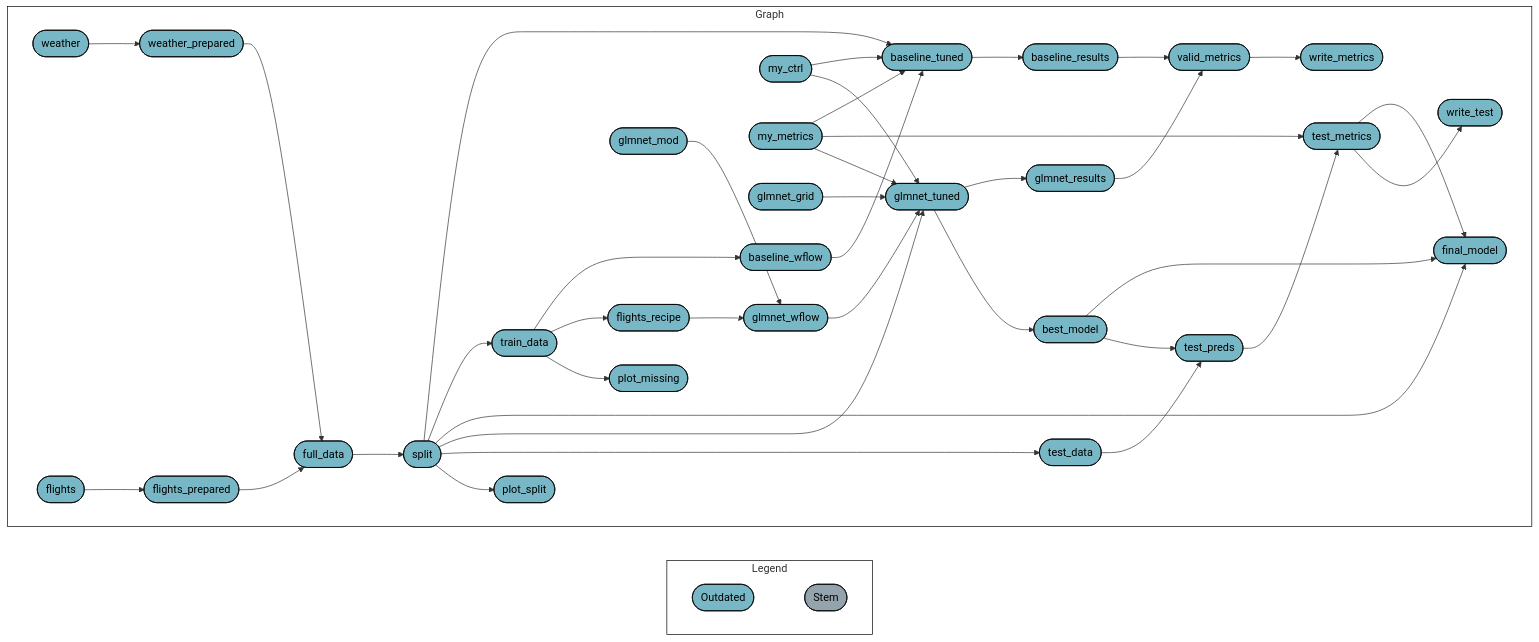
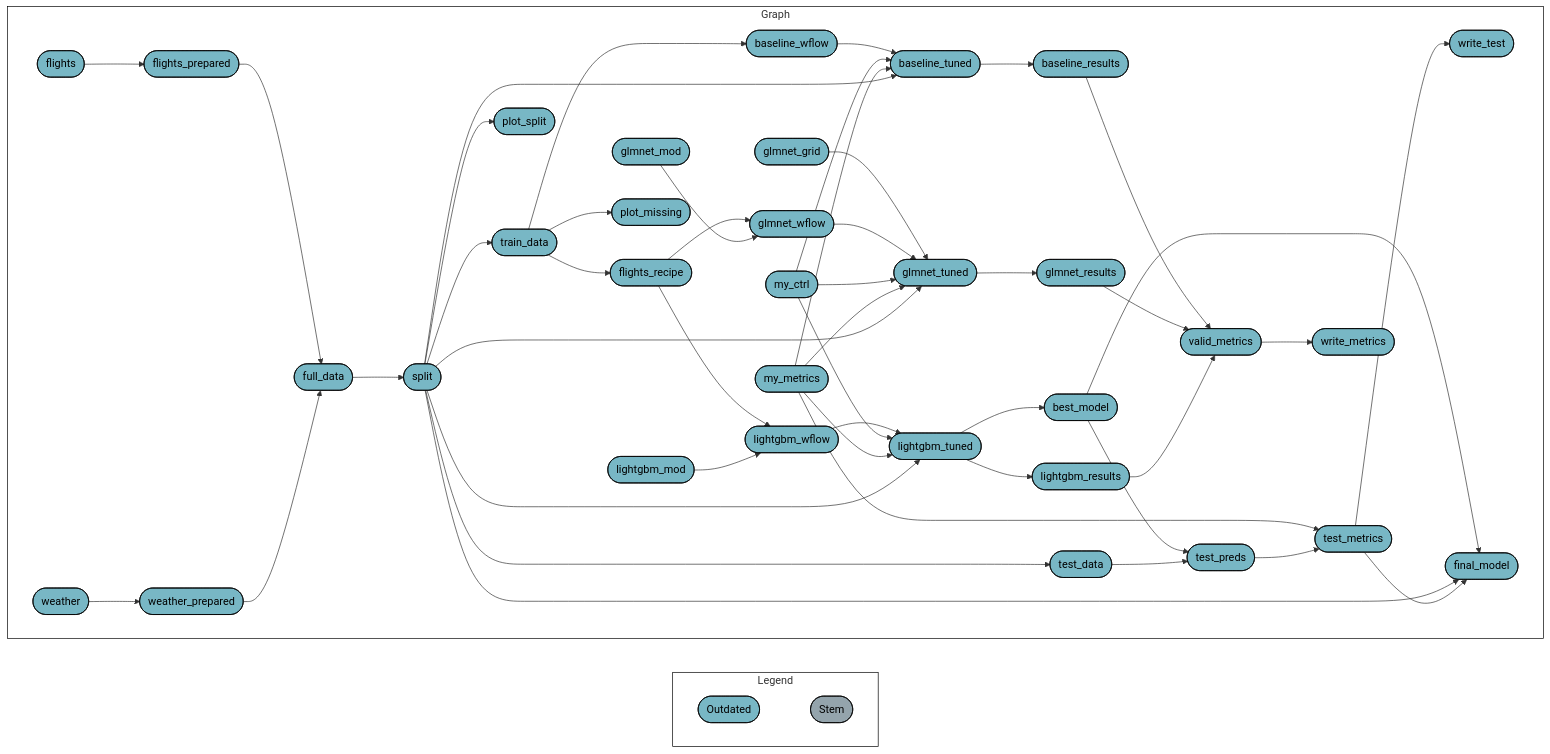
The diagram in README.md (phenrickson/flights), drawn with Mermaid before and after one commit. The commit also changed other lines of this file, not shown here.

````diff
--- a/README.md
+++ b/README.md
@@ -8,51 +8,59 @@
 ``` mermaid
 graph LR
   style Legend fill:#FFFFFF00,stroke:#000000;
   style Graph fill:#FFFFFF00,stroke:#000000;
   subgraph Legend
     direction LR
     x2db1ec7a48f65a9b([""Outdated""]):::outdated --- xd03d7c7dd2ddda2b([""Stem""]):::none
   end
   subgraph Graph
     direction LR
+    x0f09e4c17eb3276c(["test_metrics"]):::outdated --> xae90e4e03e9da6f6(["write_test"]):::outdated
+    x3045fd98bf132297(["lightgbm_tuned"]):::outdated --> xcc98cb49ce297ec1(["lightgbm_results"]):::outdated
+    x9b0c9170b8902027(["best_model"]):::outdated --> x29f339361487eb61(["final_model"]):::outdated
+    xe28457b7180d9865(["split"]):::outdated --> x29f339361487eb61(["final_model"]):::outdated
+    x0f09e4c17eb3276c(["test_metrics"]):::outdated --> x29f339361487eb61(["final_model"]):::outdated
+    x9774927add83534a(["full_data"]):::outdated --> xe28457b7180d9865(["split"]):::outdated
+    xfa066c31cda349b9(["baseline_results"]):::outdated --> xe0bb173f910bd7f0(["valid_metrics"]):::outdated
+    xe2705333dfe7c9b4(["glmnet_results"]):::outdated --> xe0bb173f910bd7f0(["valid_metrics"]):::outdated
+    xcc98cb49ce297ec1(["lightgbm_results"]):::outdated --> xe0bb173f910bd7f0(["valid_metrics"]):::outdated
+    x9b0c9170b8902027(["best_model"]):::outdated --> x4cdedcb3a02ef6bb(["test_preds"]):::outdated
+    xbb782543df7528d1(["test_data"]):::outdated --> x4cdedcb3a02ef6bb(["test_preds"]):::outdated
+    xf4454ed4827f39ab(["flights_recipe"]):::outdated --> xf06d6eef7829004f(["glmnet_wflow"]):::outdated
+    xe7c688145125e4e7(["glmnet_mod"]):::outdated --> xf06d6eef7829004f(["glmnet_wflow"]):::outdated
+    xf4454ed4827f39ab(["flights_recipe"]):::outdated --> xad2d2a7a16304874(["lightgbm_wflow"]):::outdated
+    xec3a6239d23d9fb4(["lightgbm_mod"]):::outdated --> xad2d2a7a16304874(["lightgbm_wflow"]):::outdated
+    x50558fc6e6286095(["train_data"]):::outdated --> xf4454ed4827f39ab(["flights_recipe"]):::outdated
+    x849d840ef22b54a9(["weather"]):::outdated --> x9fde742fe0a2565f(["weather_prepared"]):::outdated
+    x1bddabfef734c169(["my_metrics"]):::outdated --> x0f09e4c17eb3276c(["test_metrics"]):::outdated
+    x4cdedcb3a02ef6bb(["test_preds"]):::outdated --> x0f09e4c17eb3276c(["test_metrics"]):::outdated
+    xad2d2a7a16304874(["lightgbm_wflow"]):::outdated --> x3045fd98bf132297(["lightgbm_tuned"]):::outdated
+    xed83340f200a6764(["my_ctrl"]):::outdated --> x3045fd98bf132297(["lightgbm_tuned"]):::outdated
+    x1bddabfef734c169(["my_metrics"]):::outdated --> x3045fd98bf132297(["lightgbm_tuned"]):::outdated
+    xe28457b7180d9865(["split"]):::outdated --> x3045fd98bf132297(["lightgbm_tuned"]):::outdated
+    x3045fd98bf132297(["lightgbm_tuned"]):::outdated --> x9b0c9170b8902027(["best_model"]):::outdated
     x0d6375e58e5b207c(["baseline_wflow"]):::outdated --> x633d349f0c4d35f8(["baseline_tuned"]):::outdated
     xed83340f200a6764(["my_ctrl"]):::outdated --> x633d349f0c4d35f8(["baseline_tuned"]):::outdated
     x1bddabfef734c169(["my_metrics"]):::outdated --> x633d349f0c4d35f8(["baseline_tuned"]):::outdated
     xe28457b7180d9865(["split"]):::outdated --> x633d349f0c4d35f8(["baseline_tuned"]):::outdated
-    x9774927add83534a(["full_data"]):::outdated --> xe28457b7180d9865(["split"]):::outdated
-    xe28457b7180d9865(["split"]):::outdated --> x50558fc6e6286095(["train_data"]):::outdated
-    x849d840ef22b54a9(["weather"]):::outdated --> x9fde742fe0a2565f(["weather_prepared"]):::outdated
+    x50558fc6e6286095(["train_data"]):::outdated --> xd0e10a259837a1c5(["plot_missing"]):::outdated
     x50558fc6e6286095(["train_data"]):::outdated --> x0d6375e58e5b207c(["baseline_wflow"]):::outdated
-    x1bddabfef734c169(["my_metrics"]):::outdated --> x0f09e4c17eb3276c(["test_metrics"]):::outdated
-    x4cdedcb3a02ef6bb(["test_preds"]):::outdated --> x0f09e4c17eb3276c(["test_metrics"]):::outdated
-    x9b0c9170b8902027(["best_model"]):::outdated --> x29f339361487eb61(["final_model"]):::outdated
-    xe28457b7180d9865(["split"]):::outdated --> x29f339361487eb61(["final_model"]):::outdated
-    x0f09e4c17eb3276c(["test_metrics"]):::outdated --> x29f339361487eb61(["final_model"]):::outdated
+    xf7b68bfa4f5b3a26(["glmnet_tuned"]):::outdated --> xe2705333dfe7c9b4(["glmnet_results"]):::outdated
+    xe28457b7180d9865(["split"]):::outdated --> xd2cb6929a158530b(["plot_split"]):::outdated
+    xe0bb173f910bd7f0(["valid_metrics"]):::outdated --> xbc2f8d07f8113aa5(["write_metrics"]):::outdated
     x1ecdaec783393d35(["glmnet_grid"]):::outdated --> xf7b68bfa4f5b3a26(["glmnet_tuned"]):::outdated
     xf06d6eef7829004f(["glmnet_wflow"]):::outdated --> xf7b68bfa4f5b3a26(["glmnet_tuned"]):::outdated
     xed83340f200a6764(["my_ctrl"]):::outdated --> xf7b68bfa4f5b3a26(["glmnet_tuned"]):::outdated
     x1bddabfef734c169(["my_metrics"]):::outdated --> xf7b68bfa4f5b3a26(["glmnet_tuned"]):::outdated
     xe28457b7180d9865(["split"]):::outdated --> xf7b68bfa4f5b3a26(["glmnet_tuned"]):::outdated
-    xe28457b7180d9865(["split"]):::outdated --> xbb782543df7528d1(["test_data"]):::outdated
-    xe0bb173f910bd7f0(["valid_metrics"]):::outdated --> xbc2f8d07f8113aa5(["write_metrics"]):::outdated
-    x50558fc6e6286095(["train_data"]):::outdated --> xf4454ed4827f39ab(["flights_recipe"]):::outdated
-    x0f09e4c17eb3276c(["test_metrics"]):::outdated --> xae90e4e03e9da6f6(["write_test"]):::outdated
-    xf4454ed4827f39ab(["flights_recipe"]):::outdated --> xf06d6eef7829004f(["glmnet_wflow"]):::outdated
-    xe7c688145125e4e7(["glmnet_mod"]):::outdated --> xf06d6eef7829004f(["glmnet_wflow"]):::outdated
-    xe28457b7180d9865(["split"]):::outdated --> xd2cb6929a158530b(["plot_split"]):::outdated
-    x633d349f0c4d35f8(["baseline_tuned"]):::outdated --> xfa066c31cda349b9(["baseline_results"]):::outdated
+    x0b21886200383afb(["flights"]):::outdated --> xa53022e1b3b7315a(["flights_prepared"]):::outdated
     xa53022e1b3b7315a(["flights_prepared"]):::outdated --> x9774927add83534a(["full_data"]):::outdated
     x9fde742fe0a2565f(["weather_prepared"]):::outdated --> x9774927add83534a(["full_data"]):::outdated
-    x0b21886200383afb(["flights"]):::outdated --> xa53022e1b3b7315a(["flights_prepared"]):::outdated
-    xfa066c31cda349b9(["baseline_results"]):::outdated --> xe0bb173f910bd7f0(["valid_metrics"]):::outdated
-    xe2705333dfe7c9b4(["glmnet_results"]):::outdated --> xe0bb173f910bd7f0(["valid_metrics"]):::outdated
-    xf7b68bfa4f5b3a26(["glmnet_tuned"]):::outdated --> xe2705333dfe7c9b4(["glmnet_results"]):::outdated
-    x50558fc6e6286095(["train_data"]):::outdated --> xd0e10a259837a1c5(["plot_missing"]):::outdated
-    xf7b68bfa4f5b3a26(["glmnet_tuned"]):::outdated --> x9b0c9170b8902027(["best_model"]):::outdated
-    x9b0c9170b8902027(["best_model"]):::outdated --> x4cdedcb3a02ef6bb(["test_preds"]):::outdated
-    xbb782543df7528d1(["test_data"]):::outdated --> x4cdedcb3a02ef6bb(["test_preds"]):::outdated
+    xe28457b7180d9865(["split"]):::outdated --> xbb782543df7528d1(["test_data"]):::outdated
+    x633d349f0c4d35f8(["baseline_tuned"]):::outdated --> xfa066c31cda349b9(["baseline_results"]):::outdated
+    xe28457b7180d9865(["split"]):::outdated --> x50558fc6e6286095(["train_data"]):::outdated
   end
   classDef outdated stroke:#000000,color:#000000,fill:#78B7C5;
   classDef none stroke:#000000,color:#000000,fill:#94a4ac;
   linkStyle 0 stroke-width:0px;
 ```
````
